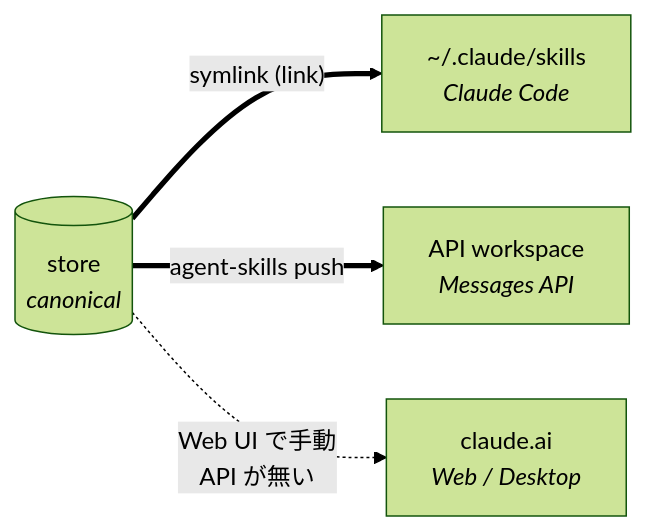
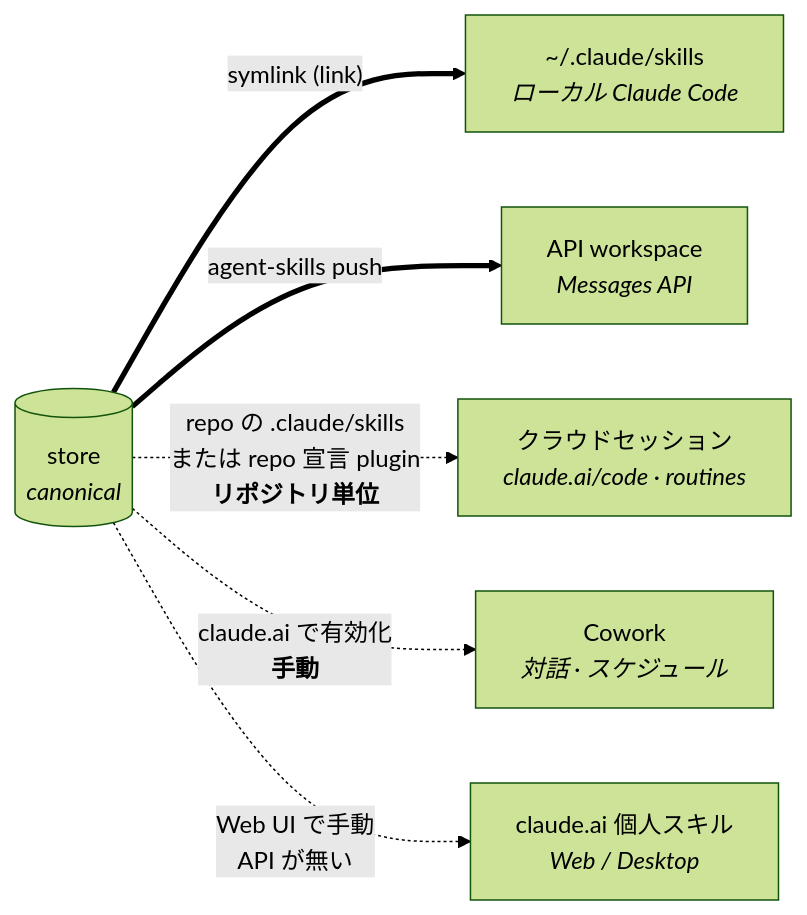
One commit to ken-ty/agent-skills changed the second of 2 diagrams in docs/architecture.md. Above: the diagram before and after it, drawn with Mermaid (forest theme). The commit also changed other lines of this file and 3 other files, not shown here.

First line of the commit message:
docs: name the three surfaces the store cannot reach, and stop implying plugins fix Cowork (#16)

````diff
--- a/docs/architecture.md
+++ b/docs/architecture.md
@@ -59,11 +59,15 @@
 ```mermaid
 flowchart LR
   store[("store<br/><i>canonical</i>")]
-  fs["~/.claude/skills<br/><i>Claude Code</i>"]
+  fs["~/.claude/skills<br/><i>ローカル Claude Code</i>"]
   api["API workspace<br/><i>Messages API</i>"]
-  web["claude.ai<br/><i>Web / Desktop</i>"]
+  cloud["クラウドセッション<br/><i>claude.ai/code · routines</i>"]
+  cowork["Cowork<br/><i>対話 · スケジュール</i>"]
+  web["claude.ai 個人スキル<br/><i>Web / Desktop</i>"]
 
   store ==>|"symlink (link)"| fs
   store ==>|"agent-skills push"| api
+  store -.->|"repo の .claude/skills<br/>または repo 宣言 plugin<br/><b>リポジトリ単位</b>"| cloud
+  store -.->|"claude.ai で有効化<br/><b>手動</b>"| cowork
   store -.->|"Web UI で手動<br/>API が無い"| web
 ```
````
